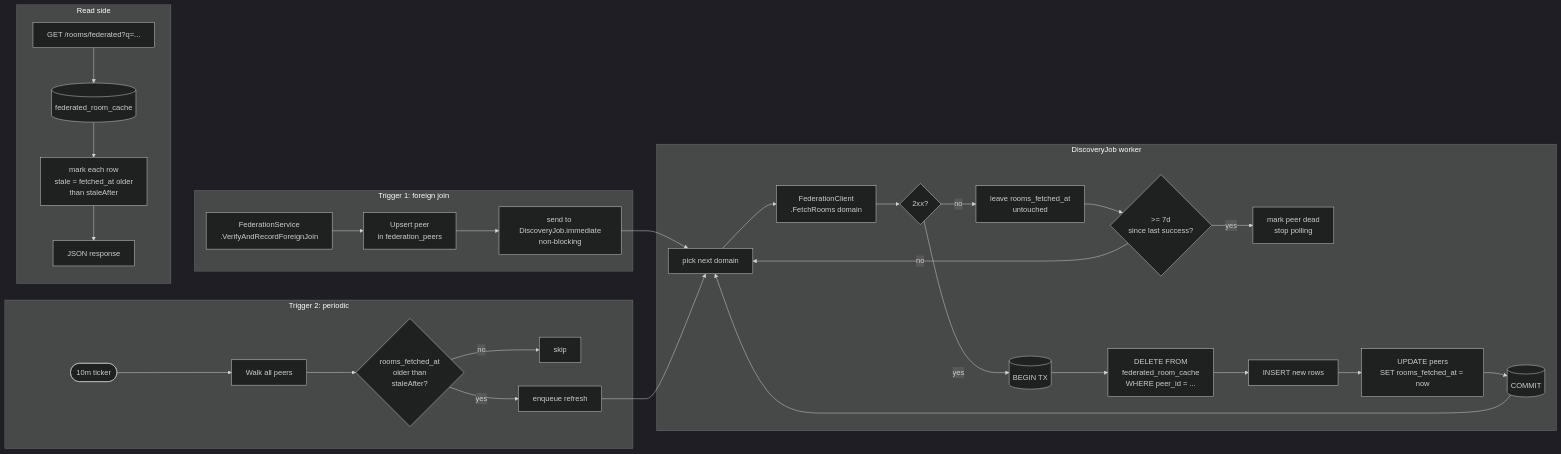
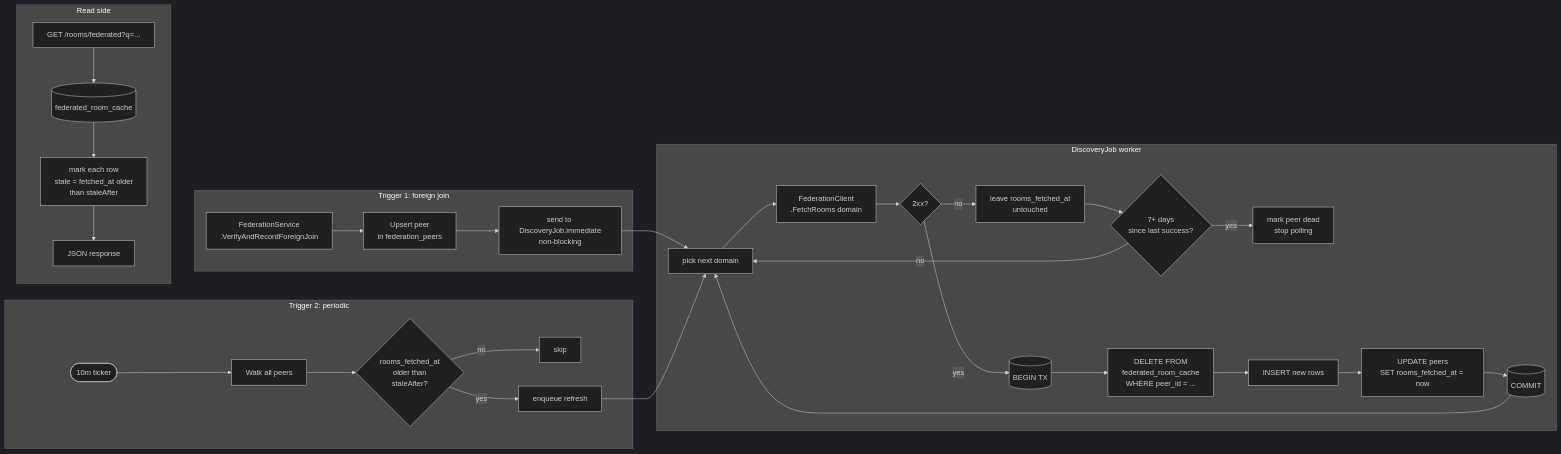
Before and after one commit to egreerdp/chatatui: the fourth of 6 diagrams in docs/federation-design.md, drawn with Mermaid (dark theme). The commit also changed other lines of this file, not shown here.

Commit message:
docs: fix mermaid syntax

````diff
--- a/docs/federation-design.md
+++ b/docs/federation-design.md
@@ -203,40 +203,40 @@
 ```mermaid
 flowchart LR
     subgraph "Trigger 1: foreign join"
         JOIN[FederationService<br/>.VerifyAndRecordForeignJoin] --> UPSERT[Upsert peer<br/>in federation_peers]
         UPSERT --> SIGNAL[send to DiscoveryJob.immediate<br/>non-blocking]
     end
 
     subgraph "Trigger 2: periodic"
         TICK([10m ticker])
         TICK --> WALK[Walk all peers]
         WALK --> STALE{rooms_fetched_at<br/>older than<br/>staleAfter?}
         STALE -->|no| SKIP[skip]
         STALE -->|yes| ENQUEUE[enqueue refresh]
     end
 
     SIGNAL --> WORKER
     ENQUEUE --> WORKER
 
     subgraph "DiscoveryJob worker"
         WORKER[pick next domain]
         WORKER --> CALL[FederationClient<br/>.FetchRooms domain]
         CALL --> OK{2xx?}
         OK -->|no| RETRY[leave rooms_fetched_at<br/>untouched]
-        RETRY --> DEAD{>= 7d<br/>since last success?}
+        RETRY --> DEAD{"7+ days<br/>since last success?"}
         DEAD -->|yes| MARKDEAD[mark peer dead<br/>stop polling]
         DEAD -->|no| WORKER
         OK -->|yes| TX[(BEGIN TX)]
         TX --> DEL[DELETE FROM<br/>federated_room_cache<br/>WHERE peer_id = ...]
         DEL --> INS[INSERT new rows]
         INS --> BUMP[UPDATE peers<br/>SET rooms_fetched_at = now]
         BUMP --> COMMIT[(COMMIT)]
         COMMIT --> WORKER
     end
 
     subgraph "Read side"
         SEARCH[GET /rooms/federated?q=...] --> READ[(federated_room_cache)]
         READ --> STALEFLAG[mark each row<br/>stale = fetched_at older<br/>than staleAfter]
         STALEFLAG --> RESP[JSON response]
     end
 ```
````
